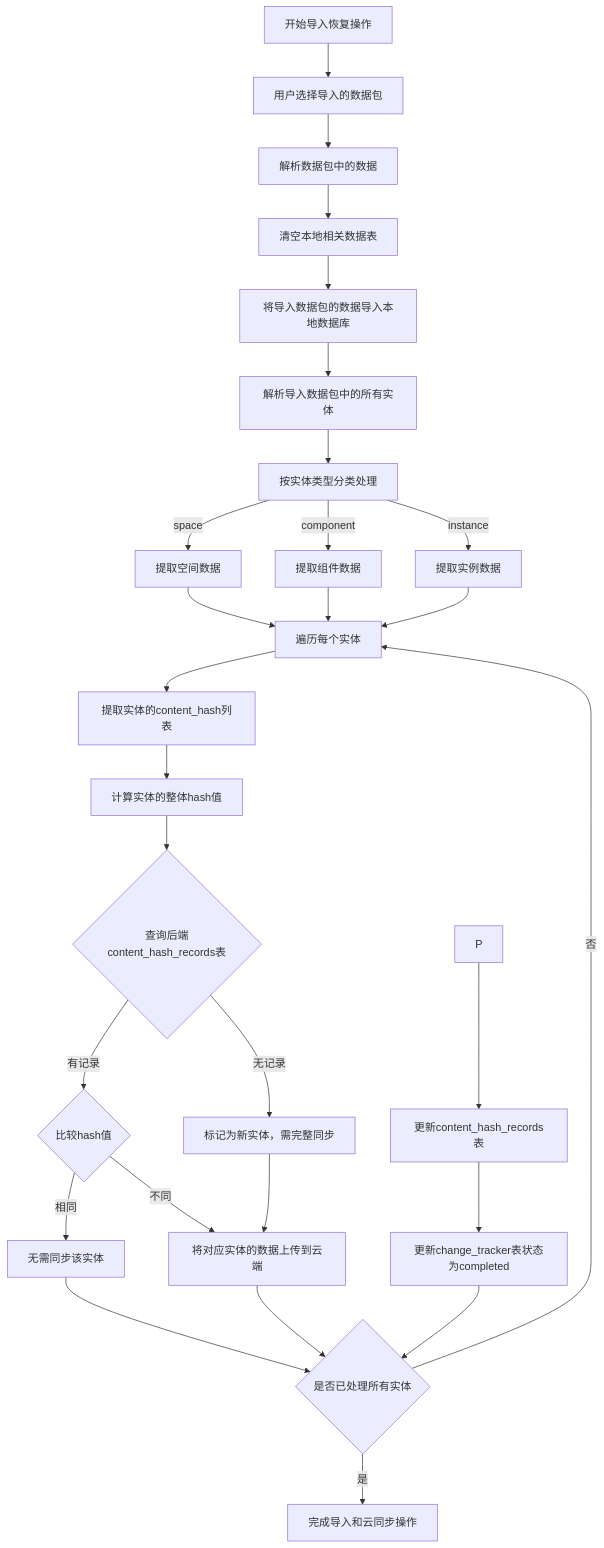
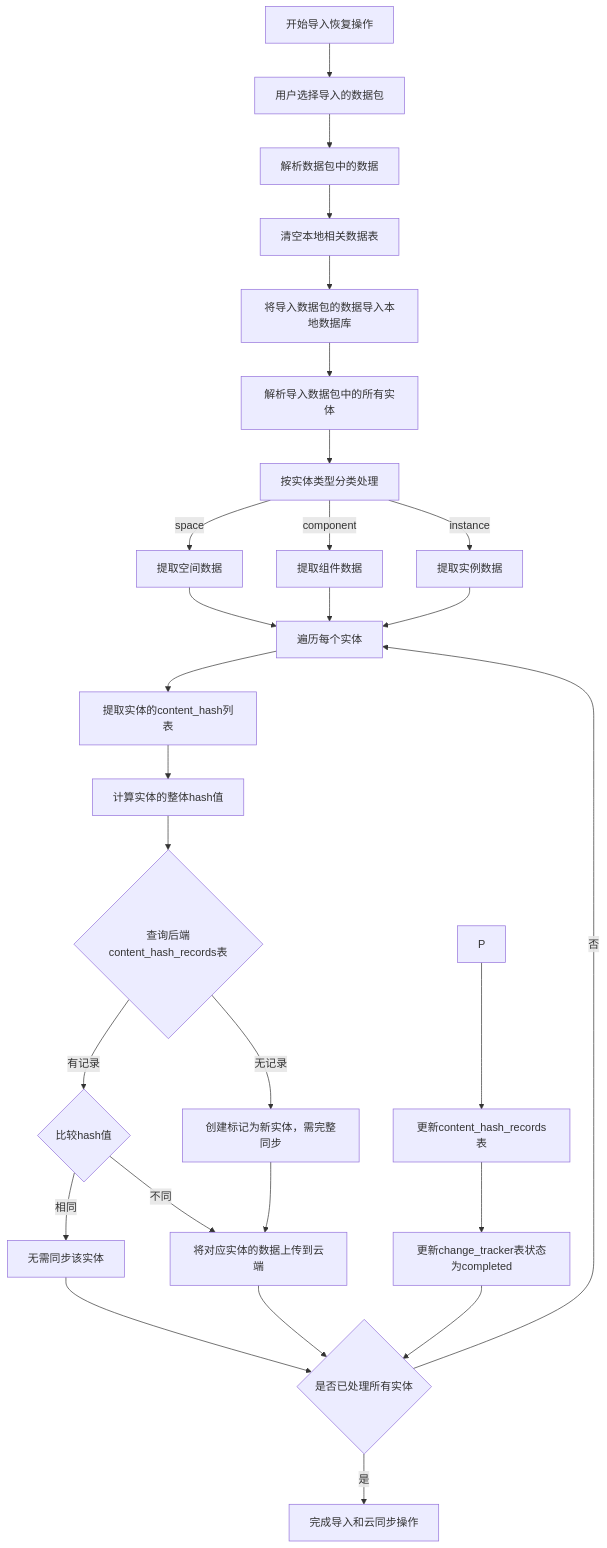
One commit to yingjianzh/iodraw-files changed the diagram in all/未命名-44.md. Above: the diagram before and after it, drawn with Mermaid.

Commit message:
2025-04-27 11:39:58 update

````diff
--- a/all/未命名-44.md
+++ b/all/未命名-44.md
@@ -1,39 +1,39 @@
 ```mermaid
 flowchart TD
     A[开始导入恢复操作] --> B[用户选择导入的数据包]
     B --> C[解析数据包中的数据]
     
     C --> D[清空本地相关数据表]
     D --> E[将导入数据包的数据导入本地数据库]
     
     E --> F[解析导入数据包中的所有实体]
     F --> G[按实体类型分类处理]
     
     G -->|space| H1[提取空间数据]
     G -->|component| H2[提取组件数据]
     G -->|instance| H3[提取实例数据]
     
     H1 --> I[遍历每个实体]
     H2 --> I
     H3 --> I
     
     I --> J[提取实体的content_hash列表]
     J --> K[计算实体的整体hash值]
     
     K --> L{查询后端content_hash_records表}
-    L -->|无记录| M1[标记为新实体，需完整同步]
+    L -->|无记录| M1[创建标记为新实体，需完整同步]
     L -->|有记录| M2{比较hash值}
     
     M2 -->|相同| M3[无需同步该实体]
     M2 -->|不同| M4[将对应实体的数据上传到云端]
     M1 --> M4[将对应实体的数据上传到云端]
     
     P --> Q[更新content_hash_records表]
     Q --> R[更新change_tracker表状态为completed]
     M3 --> S{是否已处理所有实体}
     M4 --> S{是否已处理所有实体}
     R --> S
     
     S -->|否| I
     S -->|是| T[完成导入和云同步操作]
 ```
````
